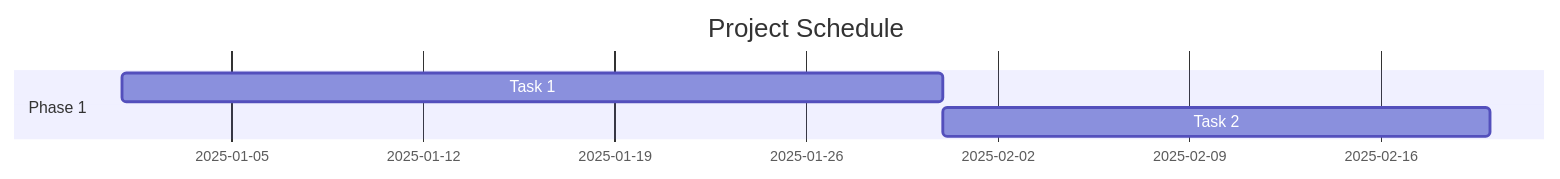
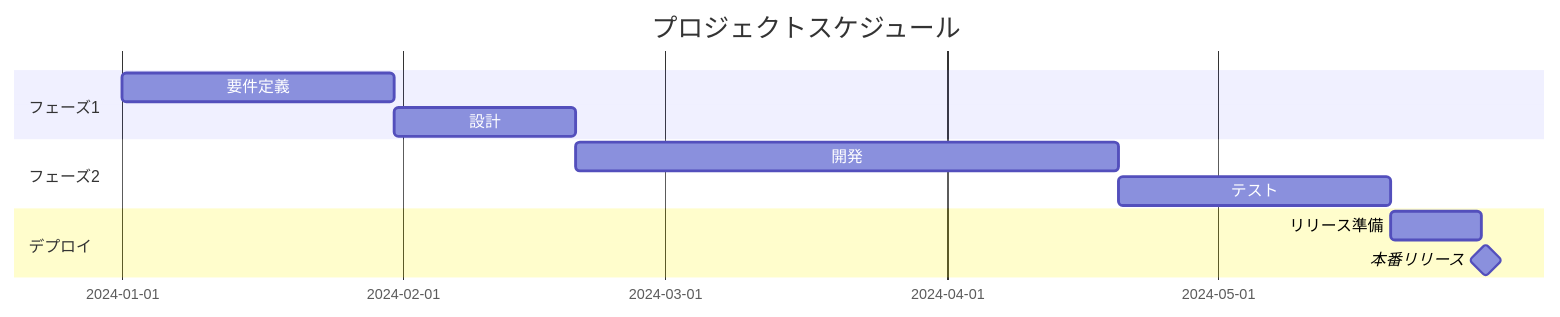
The fifth of 8 diagrams in skills/data/mermaid-diagram/SKILL.md (runkids/claude-skill-registry), drawn with Mermaid before and after one commit. The commit also changed other lines of this file and 29822 other files, not shown here.

````diff
--- a/skills/data/mermaid-diagram/SKILL.md
+++ b/skills/data/mermaid-diagram/SKILL.md
@@ -316,8 +173,14 @@
 ```mermaid
 gantt
-    title Project Schedule
-    dateFormat YYYY-MM-DD
-    section Phase 1
-    Task 1 :a1, 2025-01-01, 30d
-    Task 2 :after a1, 20d
+    title プロジェクトスケジュール
+    dateFormat  YYYY-MM-DD
+    section フェーズ1
+    要件定義           :a1, 2024-01-01, 30d
+    設計               :a2, after a1, 20d
+    section フェーズ2
+    開発               :b1, after a2, 60d
+    テスト             :b2, after b1, 30d
+    section デプロイ
+    リリース準備       :c1, after b2, 10d
+    本番リリース       :milestone, c2, after c1, 1d
 ```
````
